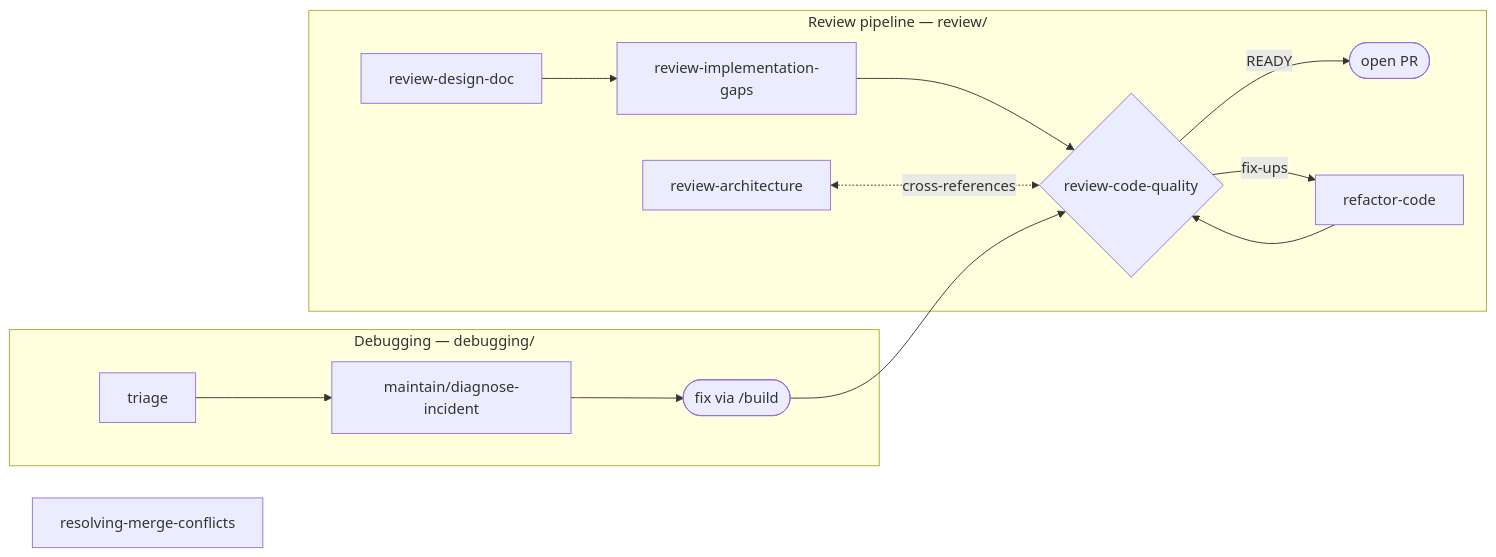
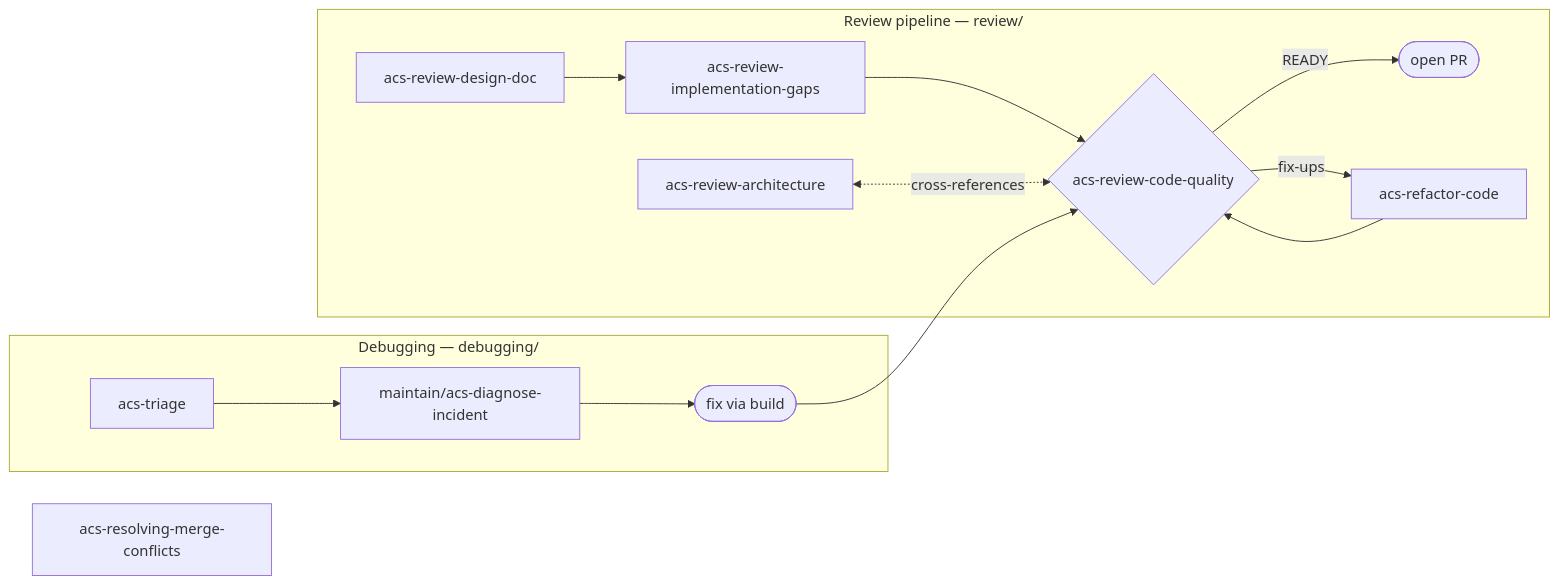
Before and after one commit to XinheLIU/agent-coding-skills: the diagram in system/skills-src/quality/README.md, drawn with Mermaid. The commit also changed other lines of this file and 445 other files, not shown here.

````diff
--- a/system/skills-src/quality/README.md
+++ b/system/skills-src/quality/README.md
@@ -15,13 +15,13 @@
 ```mermaid
 flowchart LR
     subgraph REVIEW["Review pipeline — review/"]
-        RDD[review-design-doc] --> RIG[review-implementation-gaps] --> RCQ{review-code-quality}
-        RA[review-architecture] <-.->|cross-references| RCQ
+        RDD[acs-review-design-doc] --> RIG[acs-review-implementation-gaps] --> RCQ{acs-review-code-quality}
+        RA[acs-review-architecture] <-.->|cross-references| RCQ
         RCQ -->|"READY"| PR([open PR])
-        RCQ -->|"fix-ups"| RC[refactor-code] --> RCQ
+        RCQ -->|"fix-ups"| RC[acs-refactor-code] --> RCQ
     end
     subgraph DEBUG["Debugging — debugging/"]
-        TRI[triage] --> DX[maintain/diagnose-incident] --> FIX([fix via /build]) --> RCQ
+        TRI[acs-triage] --> DX[maintain/acs-diagnose-incident] --> FIX([fix via build]) --> RCQ
     end
-    RMC[resolving-merge-conflicts]
+    RMC[acs-resolving-merge-conflicts]
 ```
````
